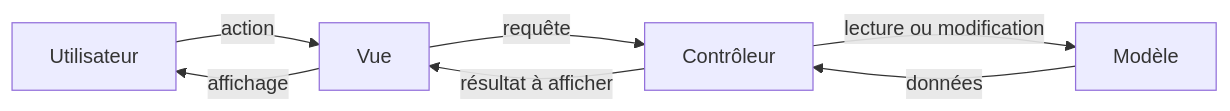
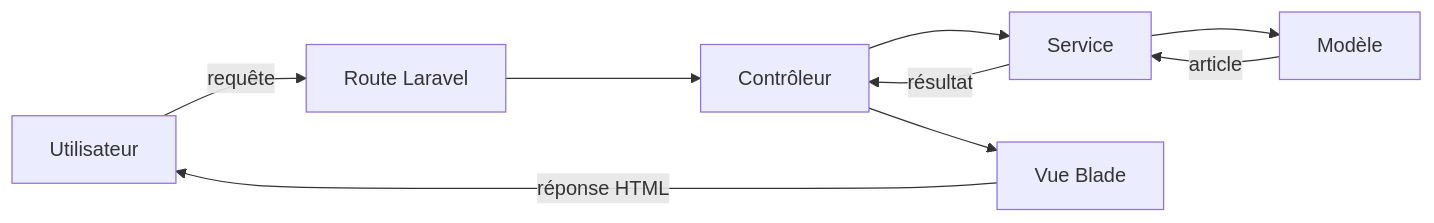
One commit to mesbahimohammedyassirsolicode-star/blog-des-laureats changed the first of 2 diagrams in rapport/chapitres/15-architecture_du_system.md. Above: the diagram before and after it, drawn with Mermaid. The commit also changed other lines of this file and 18 other files, not shown here.

````diff
--- a/rapport/chapitres/15-architecture_du_system.md
+++ b/rapport/chapitres/15-architecture_du_system.md
@@ -11,9 +11,11 @@
 ```mermaid
 flowchart LR
-    U[Utilisateur] -->|action| V[Vue]
-    V -->|requête| C[Contrôleur]
-    C -->|lecture ou modification| M[Modèle]
-    M -->|données| C
-    C -->|résultat à afficher| V
-    V -->|affichage| U
+    U[Utilisateur] -->|requête| R[Route Laravel]
+    R --> C[Contrôleur]
+    C --> S[Service]
+    S --> M[Modèle]
+    M -->|article| S
+    S -->|résultat| C
+    C --> V[Vue Blade]
+    V -->|réponse HTML| U
 ```
````
